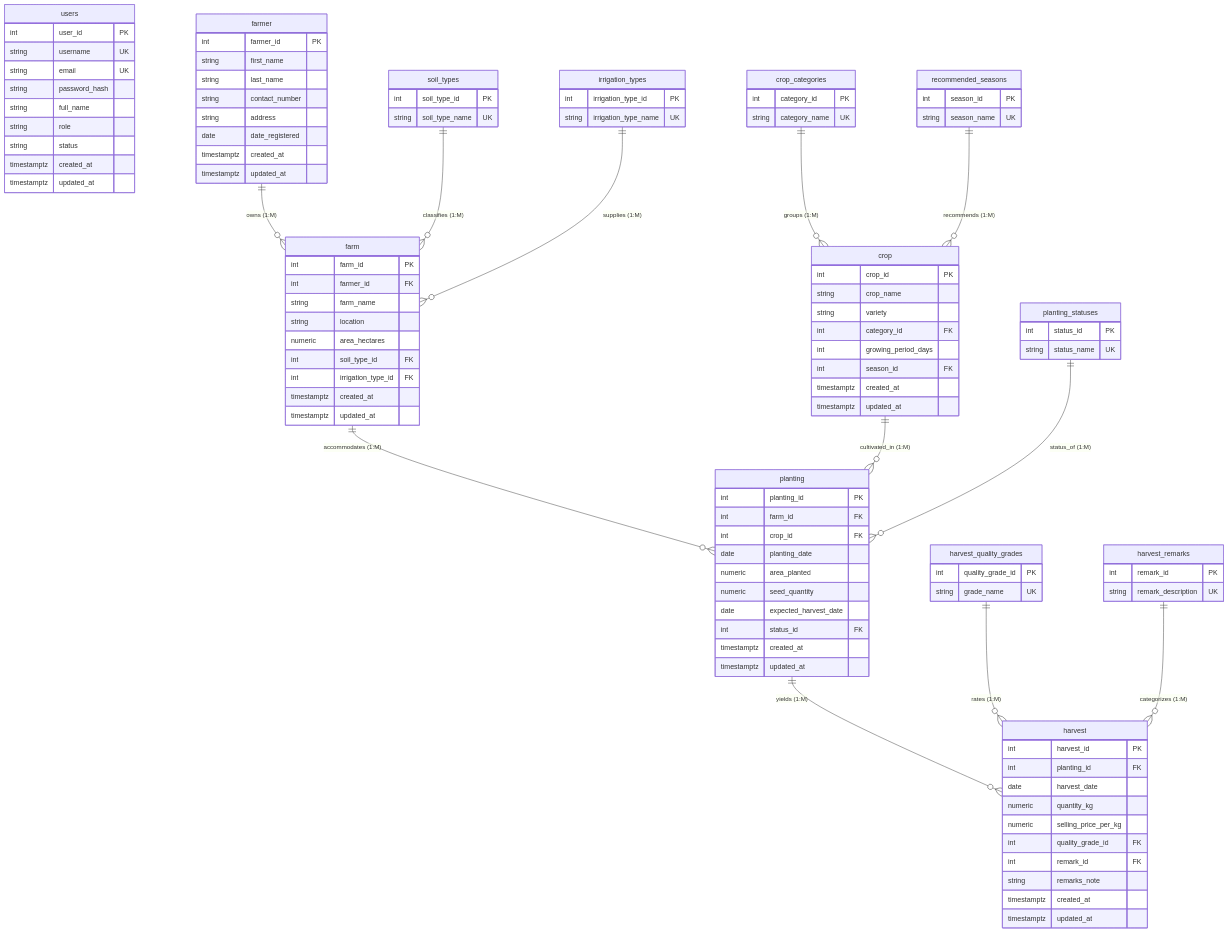
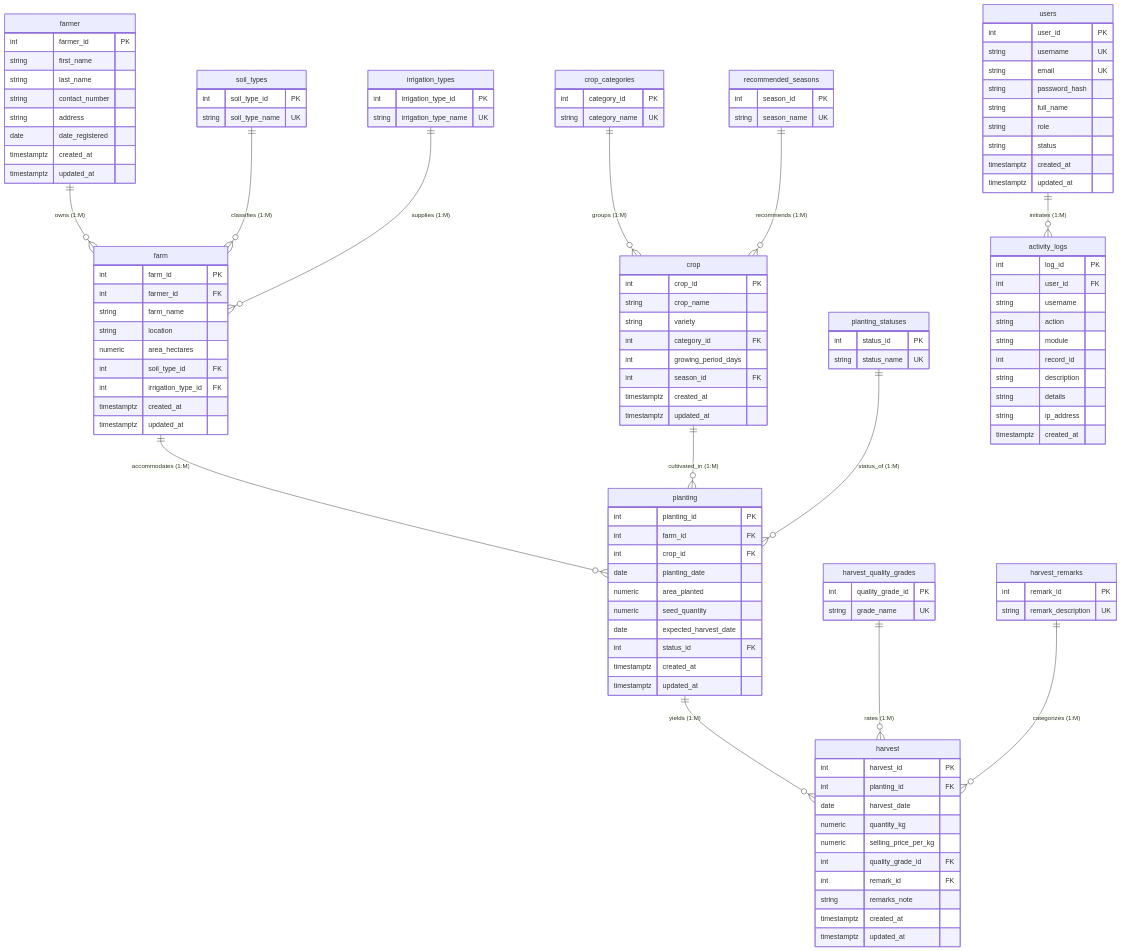
One commit to apaapgodwin-sys/Agriculture_ap3 changed the diagram in DOCUMENTATION.md. Above: the diagram before and after it, drawn with Mermaid. The commit also changed other lines of this file and 23 other files, not shown here.

Commit message:
Add Docker Render deployment config, activity logs, field app, soft delete, and printed documentation

```diff
--- a/DOCUMENTATION.md
+++ b/DOCUMENTATION.md
@@ -210,6 +238,20 @@
         timestamptz updated_at
     }
 
+    activity_logs {
+        int log_id PK
+        int user_id FK
+        string username
+        string action
+        string module
+        int record_id
+        string description
+        string details
+        string ip_address
+        timestamptz created_at
+    }
+
+    users ||--o{ activity_logs : "initiates (1:M)"
     farmer ||--o{ farm : "owns (1:M)"
     soil_types ||--o{ farm : "classifies (1:M)"
     irrigation_types ||--o{ farm : "supplies (1:M)"
```
